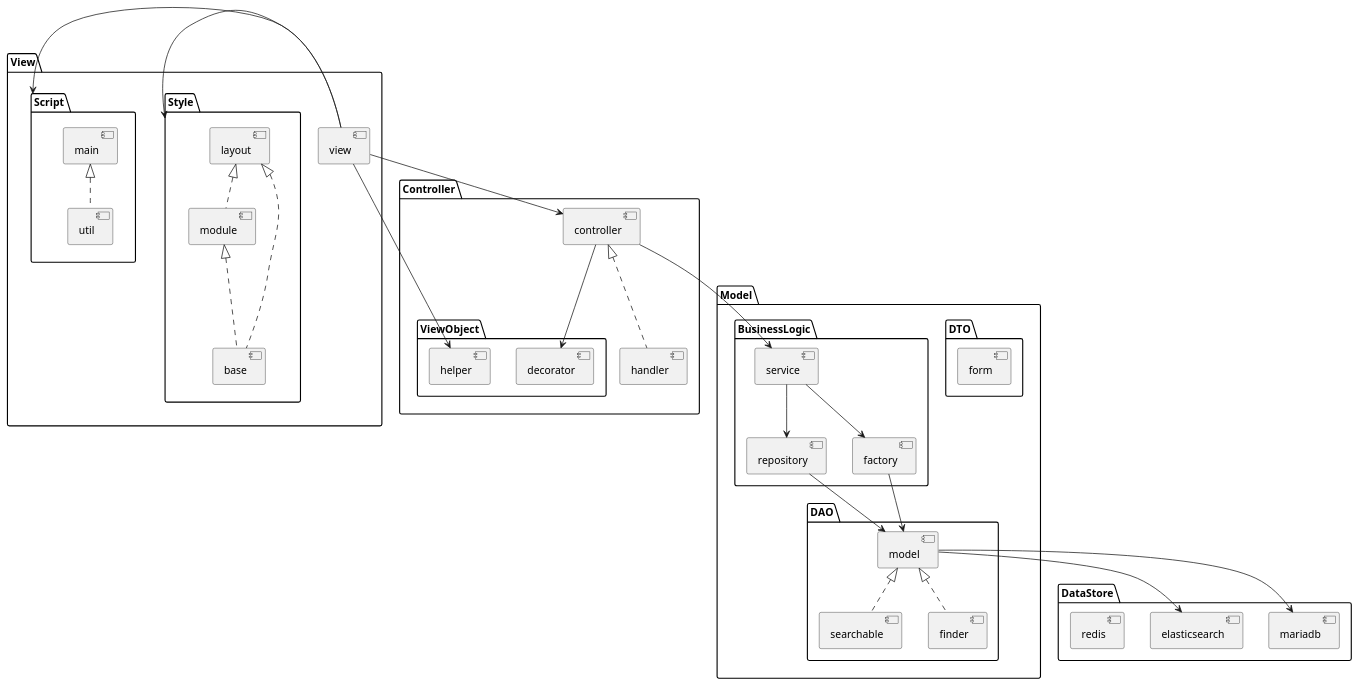
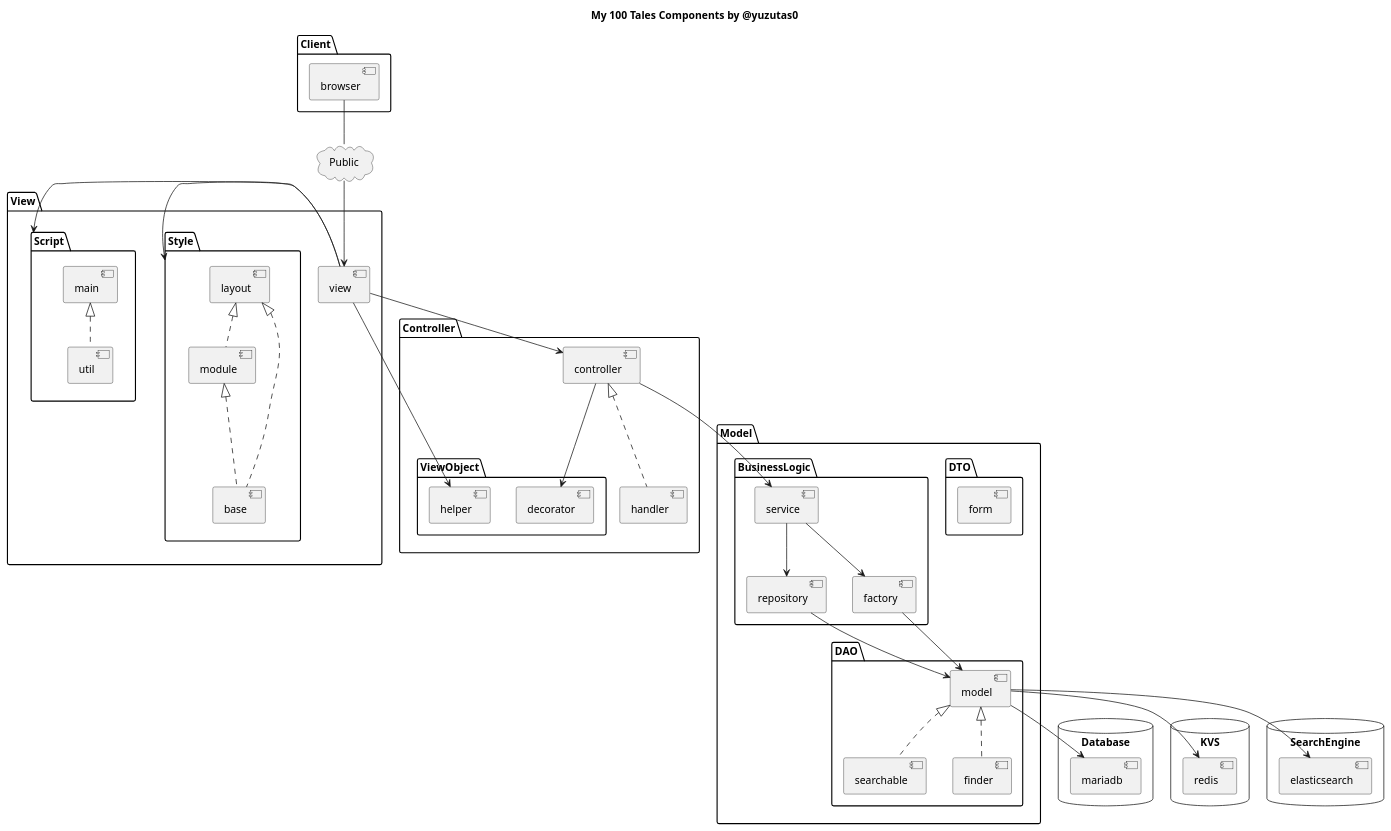
The diagram in docs/components.puml (yuzutas0/my100tales), drawn with PlantUML before and after one commit. The commit also changed other lines of this file and 1 other file, not shown here.

```diff
--- a/docs/components.puml
+++ b/docs/components.puml
@@ -1,56 +9,72 @@
 @startuml
 
+title My 100 Tales Components by @yuzutas0
+
+package "Client" {
+  [browser]
+}
+
+cloud Public {
+  browser -- Public
+}
+
 package "View" {
-  [view]
+  Public --> [view]
 
   package "Style" {
     view -> Style
     [layout] <|.. [module]
     layout <|.. [base]
     module <|.. base
   }
 
   package "Script" {
     view -> Script
     [main] <|.. [util]
   }
 }
 
 package "Controller" {
   view --> [controller]
   controller <|.. [handler]
 
   package "ViewObject" {
     view --> [helper]
     controller --> [decorator]
   }
 }
 
 package "Model" {
 
   package "DTO" {
     [form]
   }
 
   package "BusinessLogic" {
     controller --> [service]
     service --> [repository]
     service --> [factory]
   }
 
   package "DAO" {
     [model]
     model <|.. [searchable]
     model <|.. [finder]
     factory --> model
     repository --> model
   }
 }
 
-package "DataStore" {
+database "Database" {
   model --> [mariadb]
+}
+
+database "KVS" {
+  model --> [redis]
+}
+
+database "SearchEngine" {
   model --> [elasticsearch]
-  [redis]
 }
 
 @enduml
```
